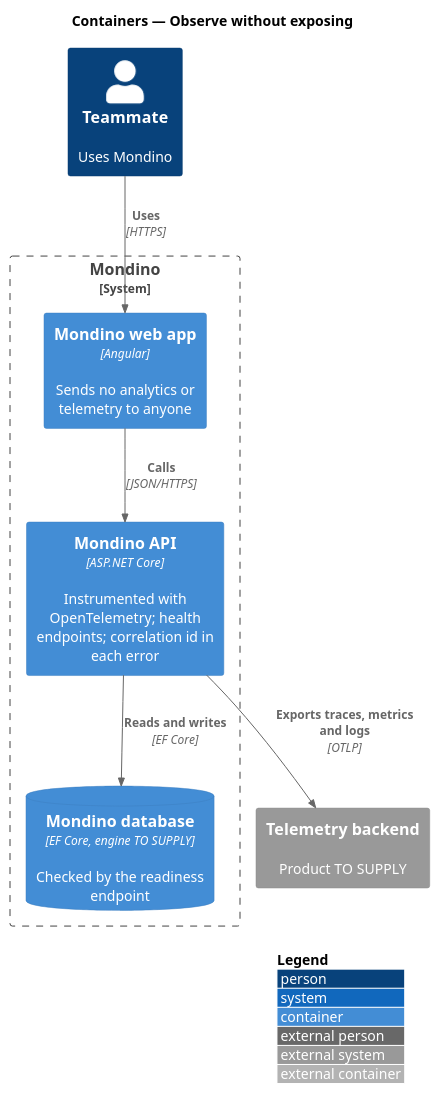
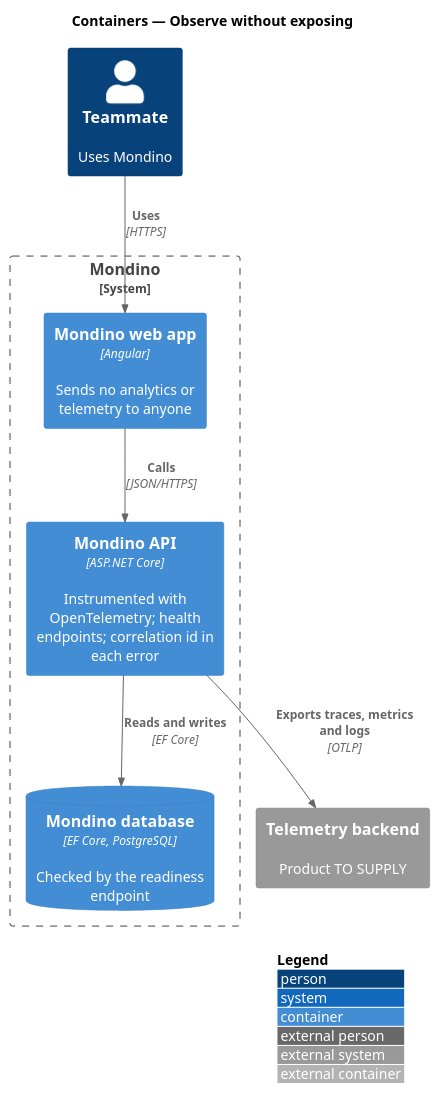
One commit to QuinntyneBrown/Mondino changed the diagram in docs/detailed-designs/platform/observe-without-exposing/diagrams/c4-container.puml. Above: the diagram before and after it, drawn with PlantUML. The commit also changed 67 other files, not shown here.

```diff
--- a/docs/detailed-designs/platform/observe-without-exposing/diagrams/c4-container.puml
+++ b/docs/detailed-designs/platform/observe-without-exposing/diagrams/c4-container.puml
@@ -1,19 +1,19 @@
 @startuml
 !include <C4/C4_Container>
 LAYOUT_WITH_LEGEND()
 title Containers — Observe without exposing
 
 Person(teammate, "Teammate", "Uses Mondino")
 
 System_Boundary(mondino, "Mondino") {
   Container(spa, "Mondino web app", "Angular", "Sends no analytics or telemetry to anyone")
   Container(api, "Mondino API", "ASP.NET Core", "Instrumented with OpenTelemetry; health endpoints; correlation id in each error")
-  ContainerDb(db, "Mondino database", "EF Core, engine TO SUPPLY", "Checked by the readiness endpoint")
+  ContainerDb(db, "Mondino database", "EF Core, PostgreSQL", "Checked by the readiness endpoint")
 }
 
 System_Ext(telemetry, "Telemetry backend", "Product TO SUPPLY")
 Rel(teammate, spa, "Uses", "HTTPS")
 Rel(spa, api, "Calls", "JSON/HTTPS")
 Rel(api, db, "Reads and writes", "EF Core")
 Rel(api, telemetry, "Exports traces, metrics and logs", "OTLP")
 @enduml
```
